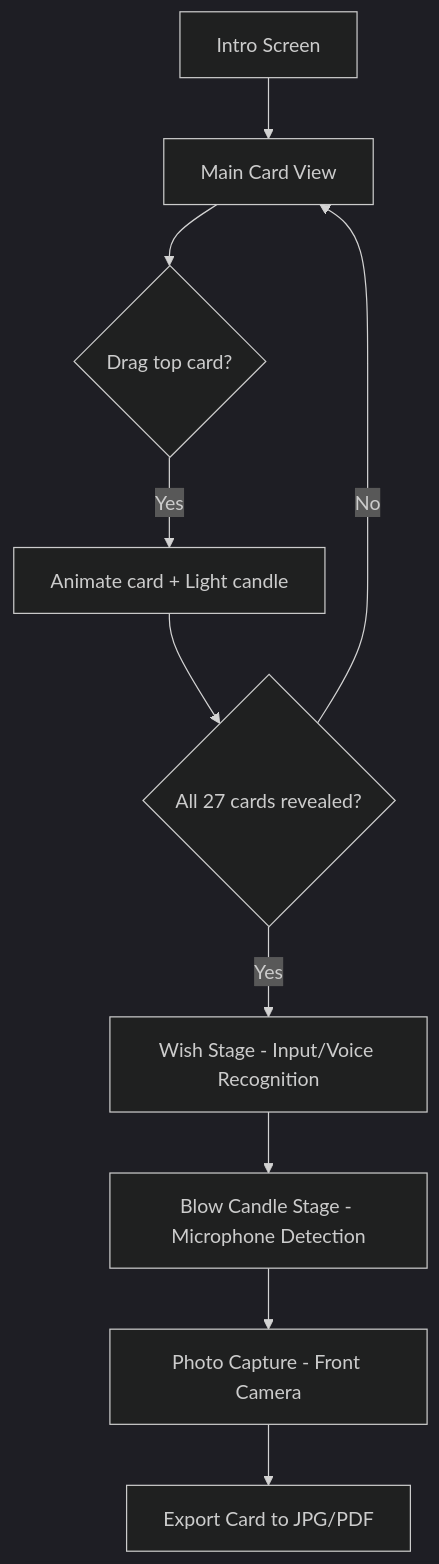
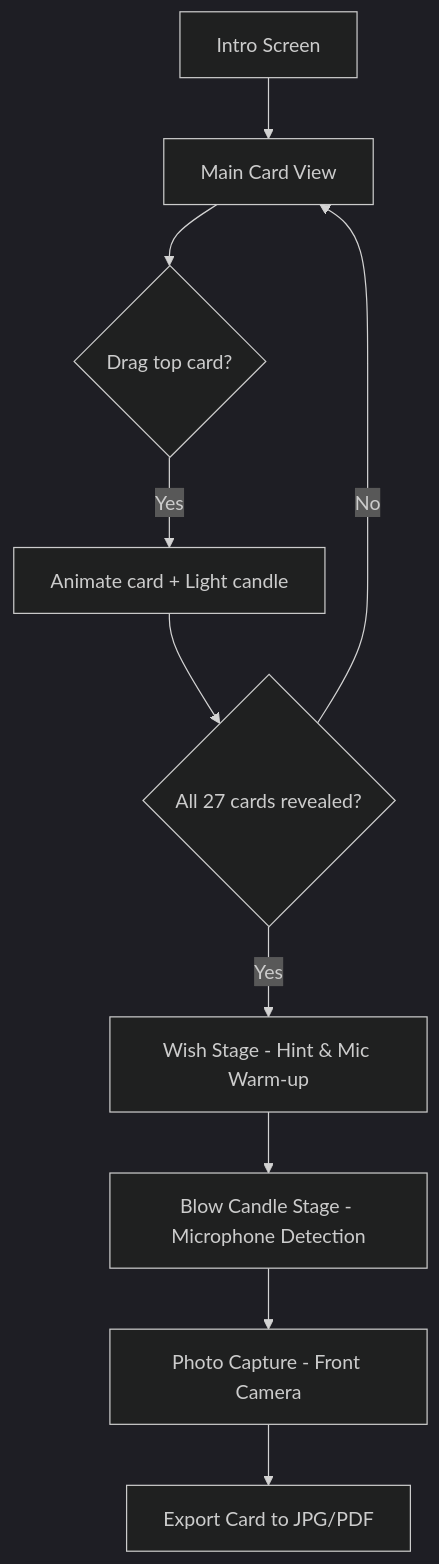
One commit to franklin51/wishing-puzzle changed the diagram in docs/birthday_card_prd.md. Above: the diagram before and after it, drawn with Mermaid (dark theme). The commit also changed other lines of this file and 7 other files, not shown here.

Commit message:
feat: add wish hint blowout capture flow

````diff
--- a/docs/birthday_card_prd.md
+++ b/docs/birthday_card_prd.md
@@ -30,12 +30,12 @@
 ```mermaid
 flowchart TD
   A[Intro Screen] --> B[Main Card View]
   B --> C{Drag top card?}
   C -->|Yes| D[Animate card + Light candle]
   D --> E{All 27 cards revealed?}
   E -->|No| B
-  E -->|Yes| F[Wish Stage - Input/Voice Recognition]
+  E -->|Yes| F[Wish Stage - Hint & Mic Warm-up]
   F --> G[Blow Candle Stage - Microphone Detection]
   G --> H[Photo Capture - Front Camera]
   H --> I[Export Card to JPG/PDF]
 ```
````
